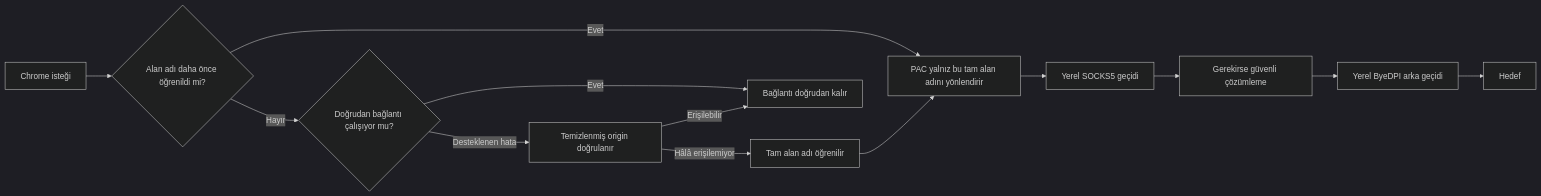
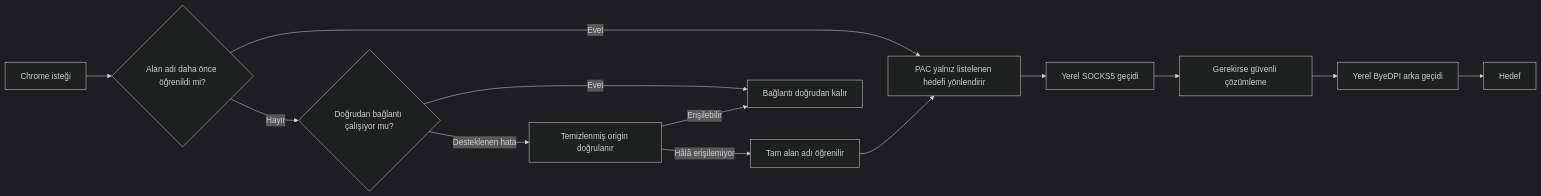
One commit to EzerchE/selective-access changed the diagram in README_TR.md. Above: the diagram before and after it, drawn with Mermaid (dark theme). The commit also changed other lines of this file and 24 other files, not shown here.

````diff
--- a/README_TR.md
+++ b/README_TR.md
@@ -19,15 +19,15 @@
 ```mermaid
 flowchart LR
     A[Chrome isteği] --> B{Alan adı daha önce öğrenildi mi?}
-    B -->|Evet| F[PAC yalnız bu tam alan adını yönlendirir]
+    B -->|Evet| F[PAC yalnız listelenen hedefi yönlendirir]
     B -->|Hayır| C{Doğrudan bağlantı çalışıyor mu?}
     C -->|Evet| D[Bağlantı doğrudan kalır]
     C -->|Desteklenen hata| E[Temizlenmiş origin doğrulanır]
     E -->|Erişilebilir| D
     E -->|Hâlâ erişilemiyor| G[Tam alan adı öğrenilir]
     G --> F
     F --> H[Yerel SOCKS5 geçidi]
     H --> I[Gerekirse güvenli çözümleme]
     I --> J[Yerel ByeDPI arka geçidi]
     J --> K[Hedef]
 ```
````
